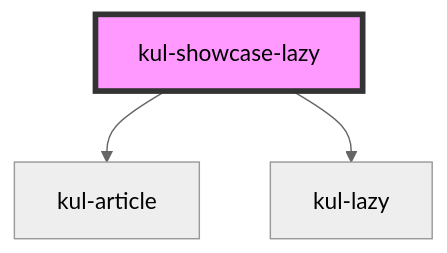
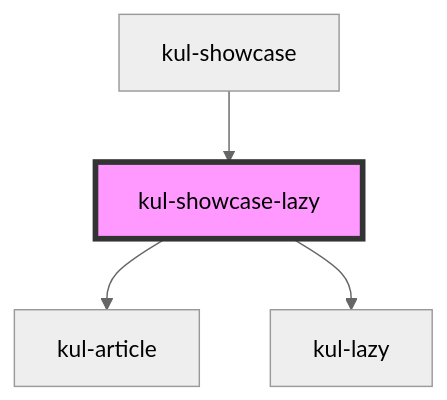
One commit to lucafoscili/ketchup-lite changed the diagram in packages/ketchup-lite/src/components/kul-showcase/components/lazy/readme.md. Above: the diagram before and after it, drawn with Mermaid (neutral theme). The commit also changed other lines of this file and 45 other files, not shown here.

````diff
--- a/packages/ketchup-lite/src/components/kul-showcase/components/lazy/readme.md
+++ b/packages/ketchup-lite/src/components/kul-showcase/components/lazy/readme.md
@@ -24,6 +28,7 @@
 ```mermaid
 graph TD;
   kul-showcase-lazy --> kul-article
   kul-showcase-lazy --> kul-lazy
+  kul-showcase --> kul-showcase-lazy
   style kul-showcase-lazy fill:#f9f,stroke:#333,stroke-width:4px
 ```
````
